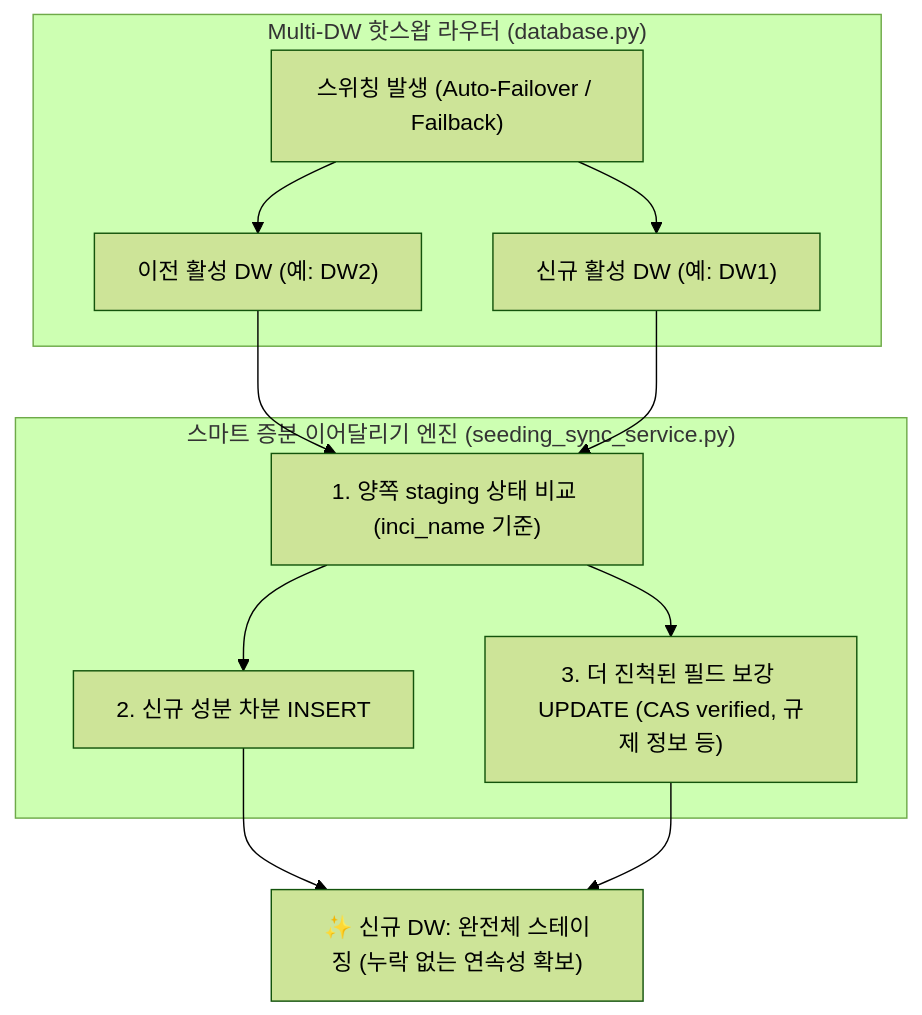
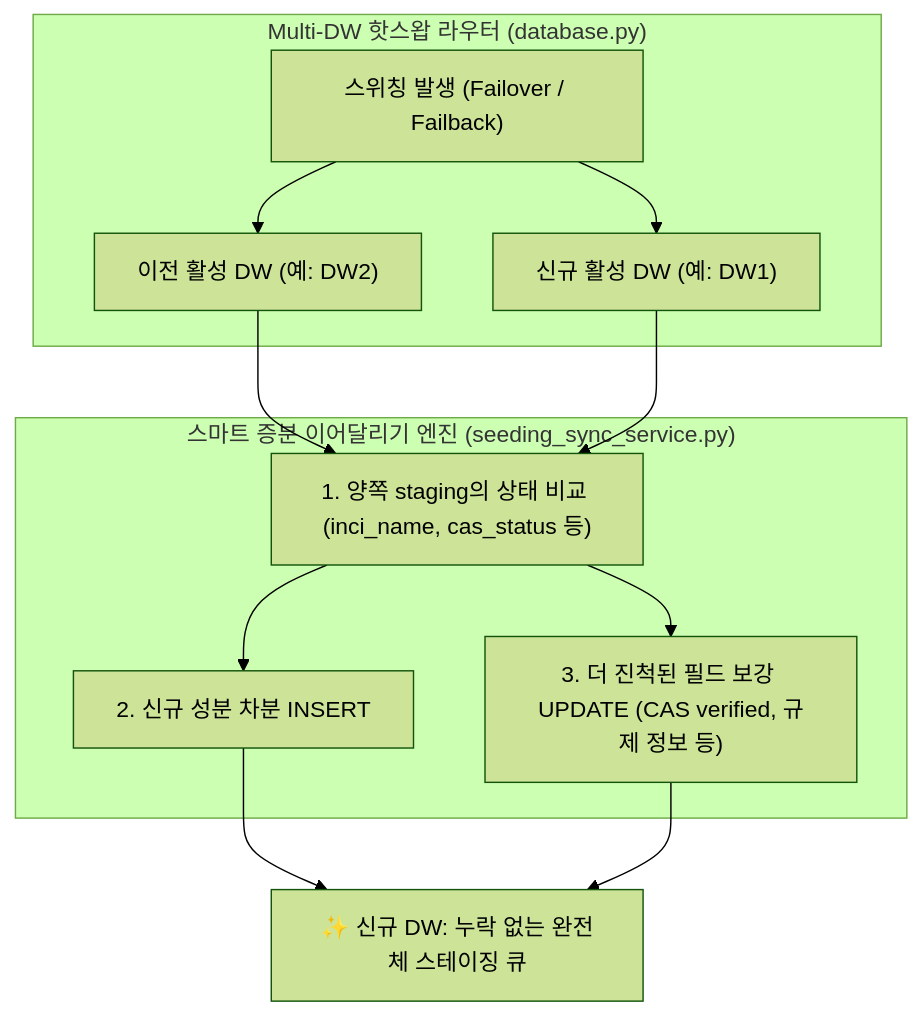
The diagram in content/posts/picksafe/2026-09-10-Multi-DW-스마트-증분-이어달리기-Smart-Incremental-Relay-아키텍처.md (daniel-dataflow/daniel-dataflow.github.io), drawn with Mermaid (forest theme) before and after one commit. The commit also changed other lines of this file and 62 other files, not shown here.

````diff
--- a/content/posts/picksafe/2026-09-10-Multi-DW-스마트-증분-이어달리기-Smart-Incremental-Relay-아키텍처.md
+++ b/content/posts/picksafe/2026-09-10-Multi-DW-스마트-증분-이어달리기-Smart-Incremental-Relay-아키텍처.md
@@ -56,23 +50,23 @@
 ```mermaid
 flowchart TD
     subgraph DW_Handover ["Multi-DW 핫스왑 라우터 (database.py)"]
-        TRIGGER["스위칭 발생 (Auto-Failover / Failback)"]
+        TRIGGER["스위칭 발생 (Failover / Failback)"]
         OLD_DW["이전 활성 DW (예: DW2)"]
         NEW_DW["신규 활성 DW (예: DW1)"]
     end
 
     subgraph Relay_Engine ["스마트 증분 이어달리기 엔진 (seeding_sync_service.py)"]
-        READ_DIFF["1. 양쪽 staging 상태 비교 (inci_name 기준)"]
+        READ_DIFF["1. 양쪽 staging의 상태 비교 (inci_name, cas_status 등)"]
         INSERT_NEW["2. 신규 성분 차분 INSERT"]
         UPDATE_PROG["3. 더 진척된 필드 보강 UPDATE (CAS verified, 규제 정보 등)"]
     end
 
     TRIGGER --> OLD_DW
     TRIGGER --> NEW_DW
     OLD_DW --> READ_DIFF
     NEW_DW --> READ_DIFF
     READ_DIFF --> INSERT_NEW
     READ_DIFF --> UPDATE_PROG
-    INSERT_NEW --> MERGED_STAGING["✨ 신규 DW: 완전체 스테이징 (누락 없는 연속성 확보)"]
+    INSERT_NEW --> MERGED_STAGING["✨ 신규 DW: 누락 없는 완전체 스테이징 큐"]
     UPDATE_PROG --> MERGED_STAGING
 ```
````
